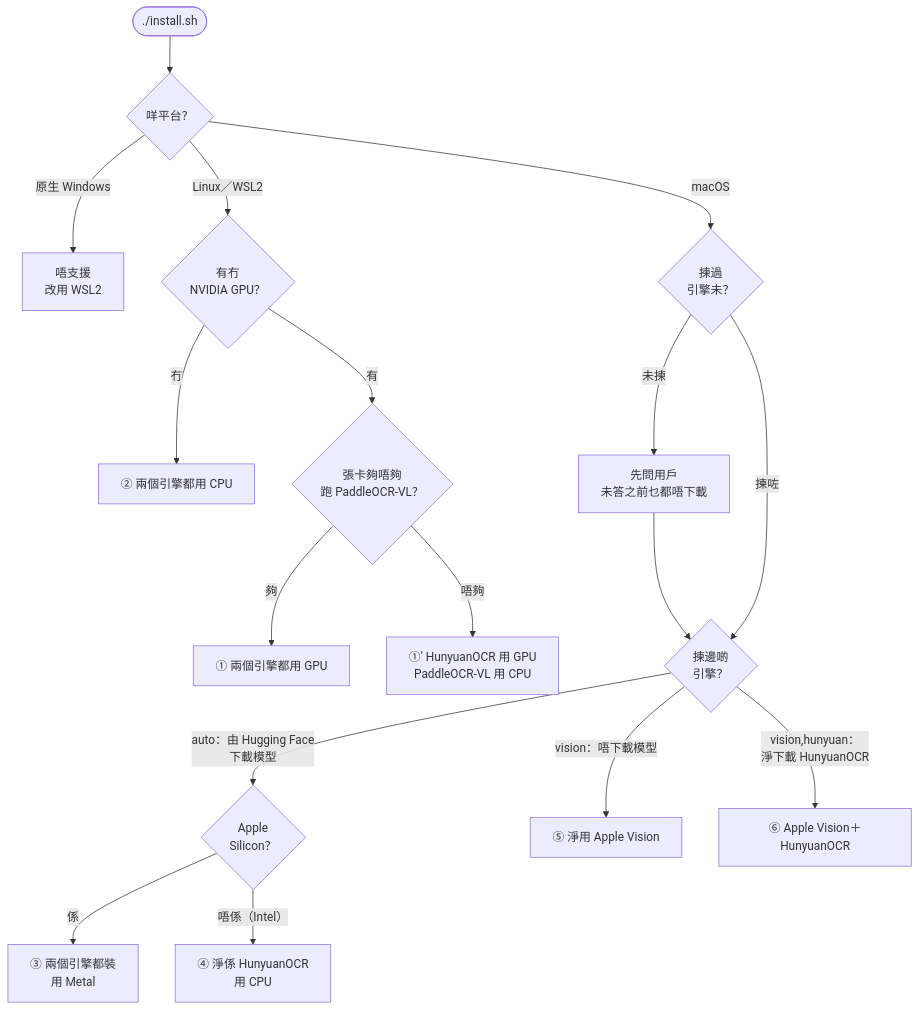
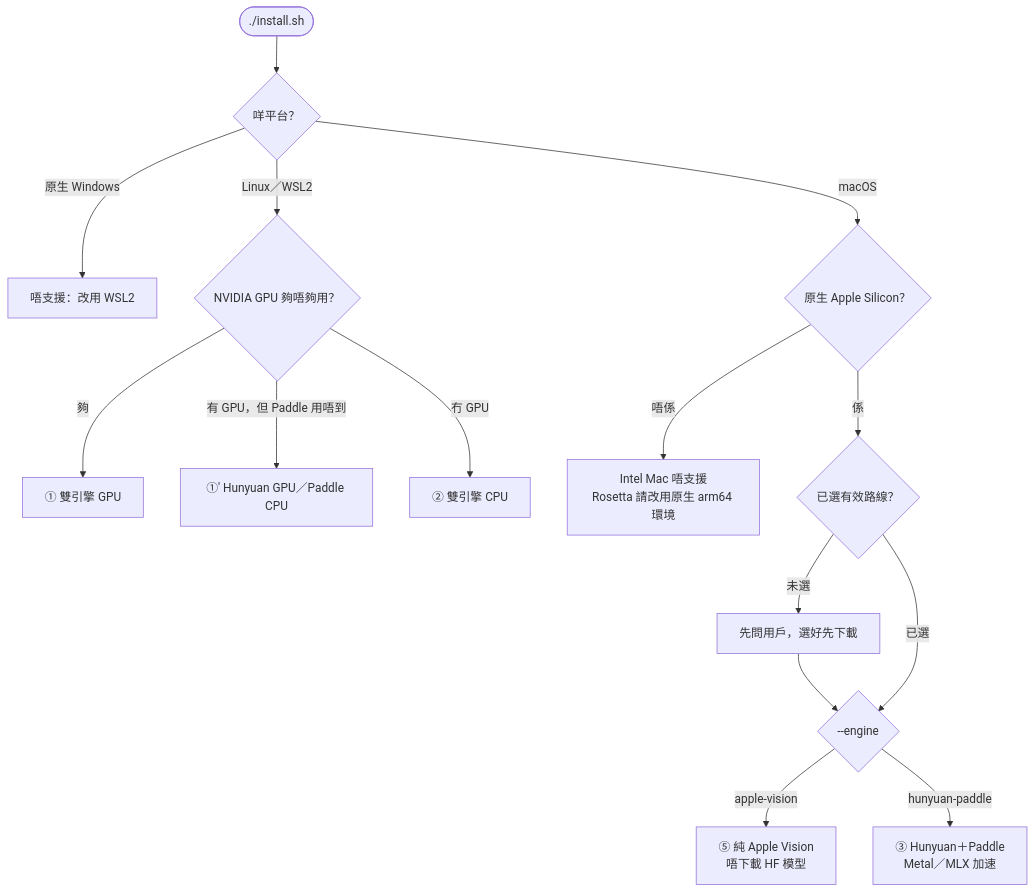
One commit to laubonghaudoi/jyut-ocr-proofread changed the second of 6 diagrams in README.md. Above: the diagram before and after it, drawn with Mermaid. The commit also changed other lines of this file and 33 other files, not shown here.

Commit message:
Separate pure Apple Vision and Hunyuan-Paddle OCR routes

````diff
--- a/README.md
+++ b/README.md
@@ -41,21 +41,17 @@
 ```mermaid
 flowchart TD
   start(["./install.sh"]) --> os{"咩平台？"}
-  os -->|"原生 Windows"| win["唔支援<br/>改用 WSL2"]
-  os -->|"Linux／WSL2"| nv{"有冇<br/>NVIDIA GPU？"}
-  os -->|"macOS"| picked{"揀過<br/>引擎未？"}
-
-  nv -->|"冇"| r2["② 兩個引擎都用 CPU"]
-  nv -->|"有"| card{"張卡夠唔夠<br/>跑 PaddleOCR-VL？"}
-  card -->|"夠"| r1["① 兩個引擎都用 GPU"]
-  card -->|"唔夠"| r1b["①′ HunyuanOCR 用 GPU<br/>PaddleOCR-VL 用 CPU"]
-
-  picked -->|"未揀"| ask["先問用戶<br/>未答之前乜都唔下載"]
+  os -->|"原生 Windows"| win["唔支援：改用 WSL2"]
+  os -->|"Linux／WSL2"| nv{"NVIDIA GPU 夠唔夠用？"}
+  nv -->|"夠"| r1["① 雙引擎 GPU"]
+  nv -->|"有 GPU，但 Paddle 用唔到"| r1b["①′ Hunyuan GPU／Paddle CPU"]
+  nv -->|"冇 GPU"| r2["② 雙引擎 CPU"]
+  os -->|"macOS"| chip{"原生 Apple Silicon？"}
+  chip -->|"唔係"| unsupported["Intel Mac 唔支援<br/>Rosetta 請改用原生 arm64 環境"]
+  chip -->|"係"| picked{"已選有效路線？"}
+  picked -->|"未選"| ask["先問用戶，選好先下載"]
   ask --> choice
-  picked -->|"揀咗"| choice{"揀邊啲<br/>引擎？"}
-  choice -->|"auto：由 Hugging Face<br/>下載模型"| chip{"Apple<br/>Silicon？"}
-  choice -->|"vision：唔下載模型"| r5["⑤ 淨用 Apple Vision"]
-  choice -->|"vision,hunyuan：<br/>淨下載 HunyuanOCR"| r6["⑥ Apple Vision＋HunyuanOCR"]
-  chip -->|"係"| r3["③ 兩個引擎都裝<br/>用 Metal"]
-  chip -->|"唔係（Intel）"| r4["④ 淨係 HunyuanOCR<br/>用 CPU"]
+  picked -->|"已選"| choice{"--engine"}
+  choice -->|"apple-vision"| r5["⑤ 純 Apple Vision<br/>唔下載 HF 模型"]
+  choice -->|"hunyuan-paddle"| r3["③ Hunyuan＋Paddle<br/>Metal／MLX 加速"]
 ```
````
